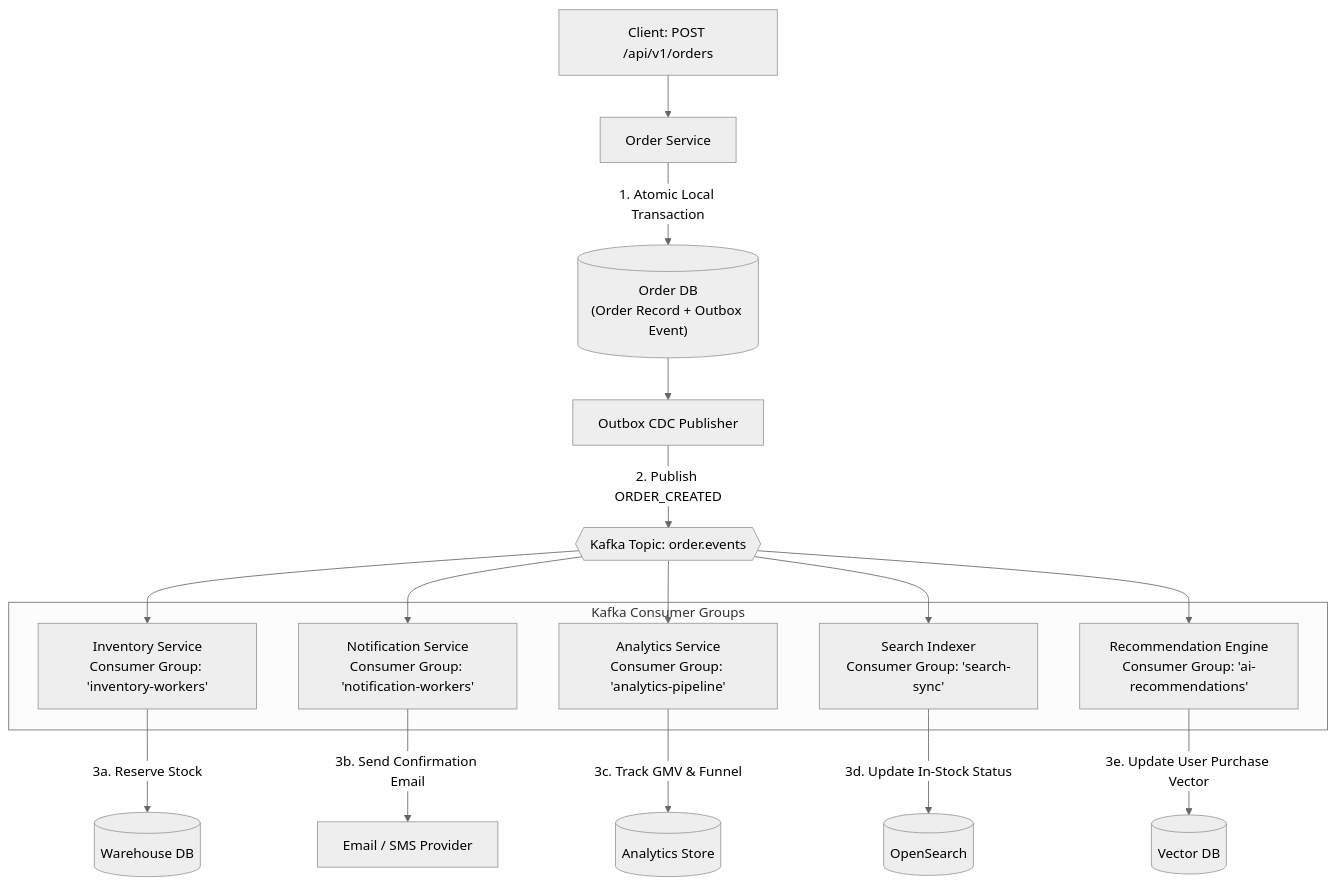
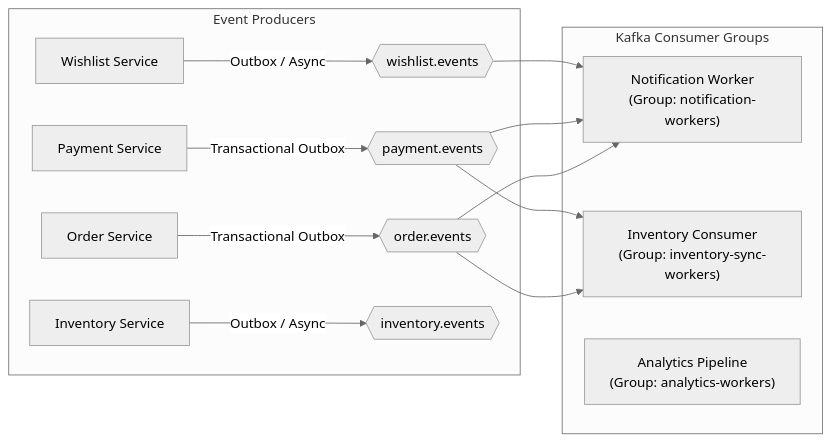
The second of 6 diagrams in README.md (Next-Gen-Coder-2007/E-Commerce), drawn with Mermaid (neutral theme) before and after one commit. The commit also changed other lines of this file and 5 other files, not shown here.

````diff
--- a/README.md
+++ b/README.md
@@ -192,27 +159,21 @@
 ```mermaid
-flowchart TD
-    ClientReq["Client: POST /api/v1/orders"] --> OrderSvc["Order Service"]
-    OrderSvc -- "1. Atomic Local Transaction" --> OrderDB[("Order DB\n(Order Record + Outbox Event)")]
-    OrderDB --> OutboxPublisher["Outbox CDC Publisher"]
-    OutboxPublisher -- "2. Publish ORDER_CREATED" --> KafkaTopic{{"Kafka Topic: order.events"}}
+flowchart LR
+    subgraph Producers["Event Producers"]
+        OrderSvc["Order Service"] -- "Transactional Outbox" --> OrderEvents{{"order.events"}}
+        PaymentSvc["Payment Service"] -- "Transactional Outbox" --> PaymentEvents{{"payment.events"}}
+        WishlistSvc["Wishlist Service"] -- "Outbox / Async" --> WishlistEvents{{"wishlist.events"}}
+        InvSvc["Inventory Service"] -- "Outbox / Async" --> InvEvents{{"inventory.events"}}
+    end
 
     subgraph Consumers["Kafka Consumer Groups"]
-        InvConsumer["Inventory Service\nConsumer Group: 'inventory-workers'"]
-        NotifConsumer["Notification Service\nConsumer Group: 'notification-workers'"]
-        AnalyticsConsumer["Analytics Service\nConsumer Group: 'analytics-pipeline'"]
-        SearchConsumer["Search Indexer\nConsumer Group: 'search-sync'"]
-        AIConsumer["Recommendation Engine\nConsumer Group: 'ai-recommendations'"]
+        NotifWorker["Notification Worker\n(Group: notification-workers)"]
+        InvWorker["Inventory Consumer\n(Group: inventory-sync-workers)"]
+        AnalyticsWorker["Analytics Pipeline\n(Group: analytics-workers)"]
     end
 
-    KafkaTopic --> InvConsumer
-    KafkaTopic --> NotifConsumer
-    KafkaTopic --> AnalyticsConsumer
-    KafkaTopic --> SearchConsumer
-    KafkaTopic --> AIConsumer
-
-    InvConsumer -- "3a. Reserve Stock" --> WarehouseDB[("Warehouse DB")]
-    NotifConsumer -- "3b. Send Confirmation Email" --> SendGrid["Email / SMS Provider"]
-    AnalyticsConsumer -- "3c. Track GMV & Funnel" --> AnalyticsStore[("Analytics Store")]
-    SearchConsumer -- "3d. Update In-Stock Status" --> OpenSearchCluster[("OpenSearch")]
-    AIConsumer -- "3e. Update User Purchase Vector" --> VectorStore[("Vector DB")]
+    OrderEvents --> NotifWorker
+    PaymentEvents --> NotifWorker
+    WishlistEvents --> NotifWorker
+    OrderEvents --> InvWorker
+    PaymentEvents --> InvWorker
 ```
````
